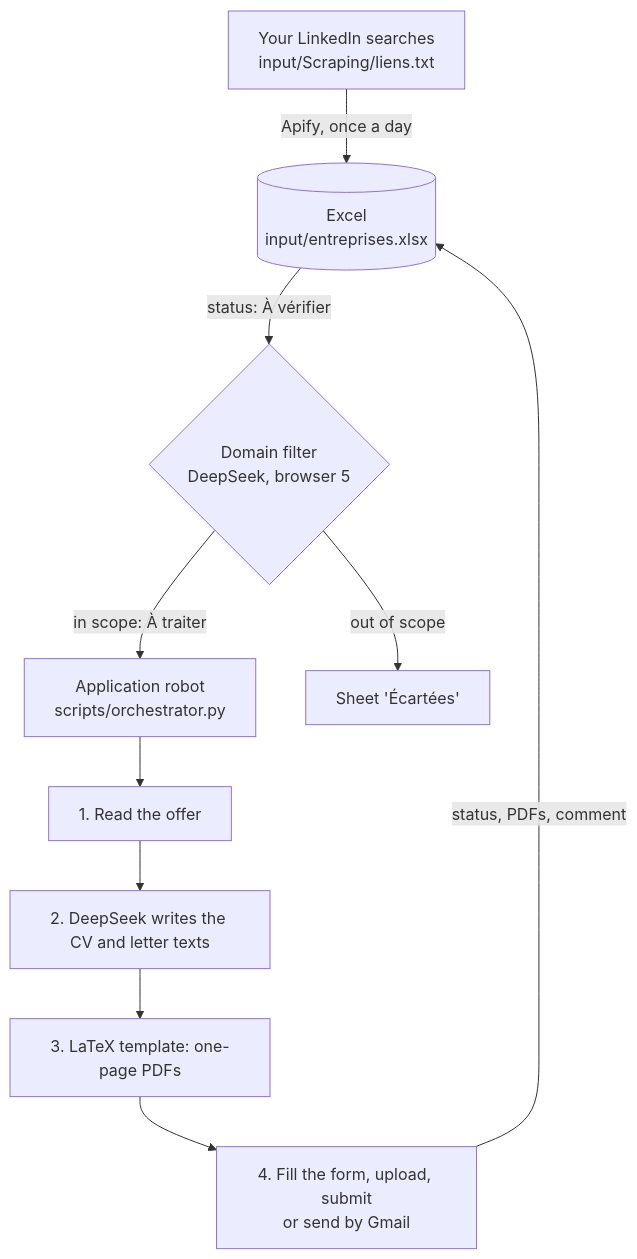
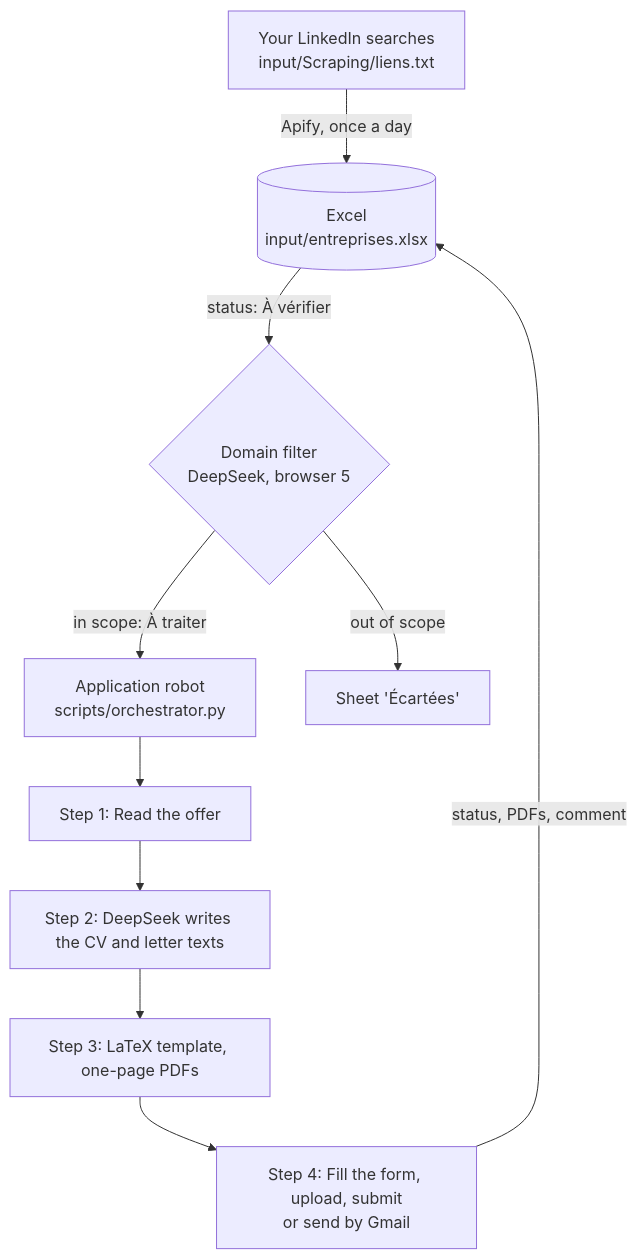
One commit to anissfhd/ai-job-application-bot changed the diagram in README.md. Above: the diagram before and after it, drawn with Mermaid.

Commit message:
Fix README diagram rendering on GitHub
Node labels starting with "1. ", "2. "... were read by Mermaid as a
Markdown list, which made the whole flowchart fail to render.

````diff
--- a/README.md
+++ b/README.md
@@ -63,12 +63,12 @@
 ```mermaid
 flowchart TD
     A["Your LinkedIn searches<br/>input/Scraping/liens.txt"] -->|"Apify, once a day"| B[("Excel<br/>input/entreprises.xlsx")]
     B -->|"status: À vérifier"| C{"Domain filter<br/>DeepSeek, browser 5"}
     C -->|"in scope: À traiter"| D["Application robot<br/>scripts/orchestrator.py"]
     C -->|"out of scope"| E["Sheet 'Écartées'"]
-    D --> F["1. Read the offer"]
-    F --> G["2. DeepSeek writes the CV and letter texts"]
-    G --> H["3. LaTeX template: one-page PDFs"]
-    H --> I["4. Fill the form, upload, submit<br/>or send by Gmail"]
+    D --> F["Step 1: Read the offer"]
+    F --> G["Step 2: DeepSeek writes the CV and letter texts"]
+    G --> H["Step 3: LaTeX template, one-page PDFs"]
+    H --> I["Step 4: Fill the form, upload, submit<br/>or send by Gmail"]
     I -->|"status, PDFs, comment"| B
 ```
````
